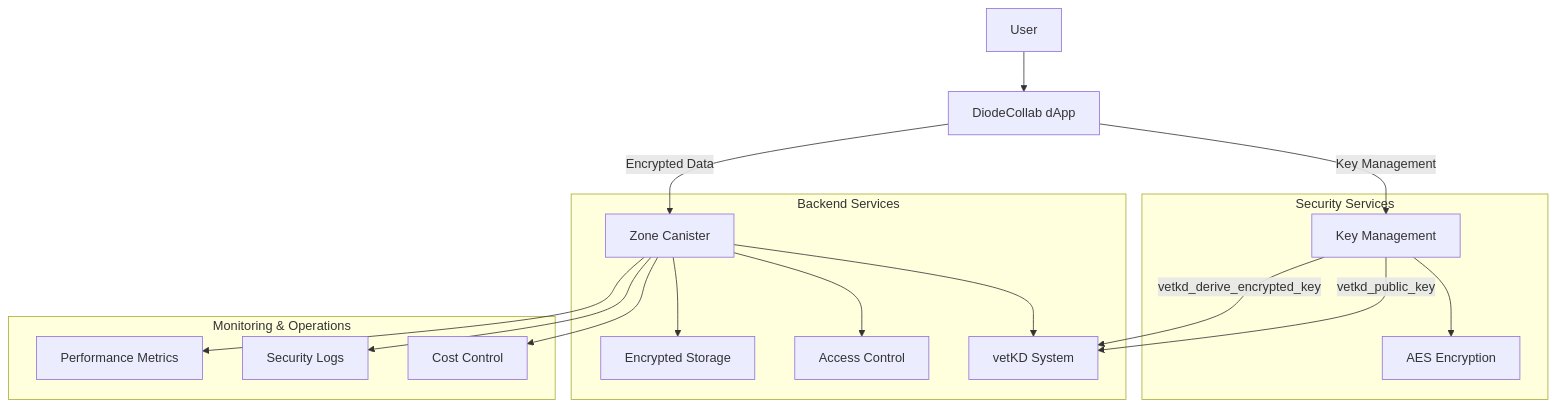
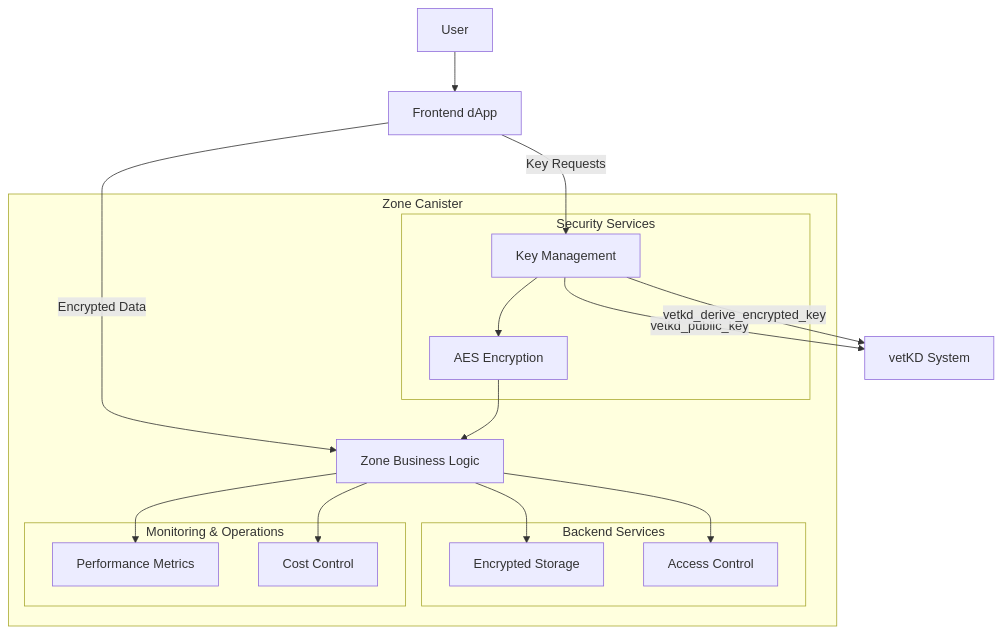
One commit to diodechain/zone_availability_canister changed diagram 11 of 12 in docs/dfinity_milestones2.md. Above: the diagram before and after it, drawn with Mermaid. The commit also changed other lines of this file, not shown here.

````diff
--- a/docs/dfinity_milestones2.md
+++ b/docs/dfinity_milestones2.md
@@ -317,24 +501,37 @@
 ```mermaid
 graph TD
-    User[User] --> DiodeCollab[DiodeCollab dApp]
-    DiodeCollab --> |Encrypted Data| ZoneCanister[Zone Canister]
-    DiodeCollab --> |Key Management| KeyManagement[Key Management]
+    User[User] --> Frontend[Frontend dApp]
     
-    subgraph "Backend Services"
-        ZoneCanister --> Storage[Encrypted Storage]
-        ZoneCanister --> AccessControl[Access Control]
-        ZoneCanister --> VetKD[vetKD System]
+    subgraph "Zone Canister"
+        ApplicationLogic[Zone Business Logic]
+        
+        subgraph "Backend Services"
+            Storage[Encrypted Storage]
+            AccessControl[Access Control]
+        end
+        
+        subgraph "Security Services"
+            KeyManagement[Key Management]
+            AESEncryption[AES Encryption]
+        end
+        
+        subgraph "Monitoring & Operations"
+            Metrics[Performance Metrics]
+            CostControl[Cost Control]
+        end
     end
     
-    subgraph "Security Services"
-        KeyManagement --> |vetkd_public_key| VetKD
-        KeyManagement --> |vetkd_derive_encrypted_key| VetKD
-        KeyManagement --> AESEncryption[AES Encryption]
-    end
+    Frontend -->|Encrypted Data| ApplicationLogic
+    Frontend -->|Key Requests| KeyManagement
     
-    subgraph "Monitoring & Operations"
-        ZoneCanister --> Metrics[Performance Metrics]
-        ZoneCanister --> SecurityLogs[Security Logs]
-        ZoneCanister --> CostControl[Cost Control]
-    end
+    ApplicationLogic --> Storage
+    ApplicationLogic --> AccessControl
+    ApplicationLogic --> Metrics
+    ApplicationLogic --> CostControl
+    
+    KeyManagement -->|vetkd_public_key| VetKD[vetKD System]
+    KeyManagement -->|vetkd_derive_encrypted_key| VetKD
+    KeyManagement --> AESEncryption
+    
+    AESEncryption --> ApplicationLogic
 ```
````
